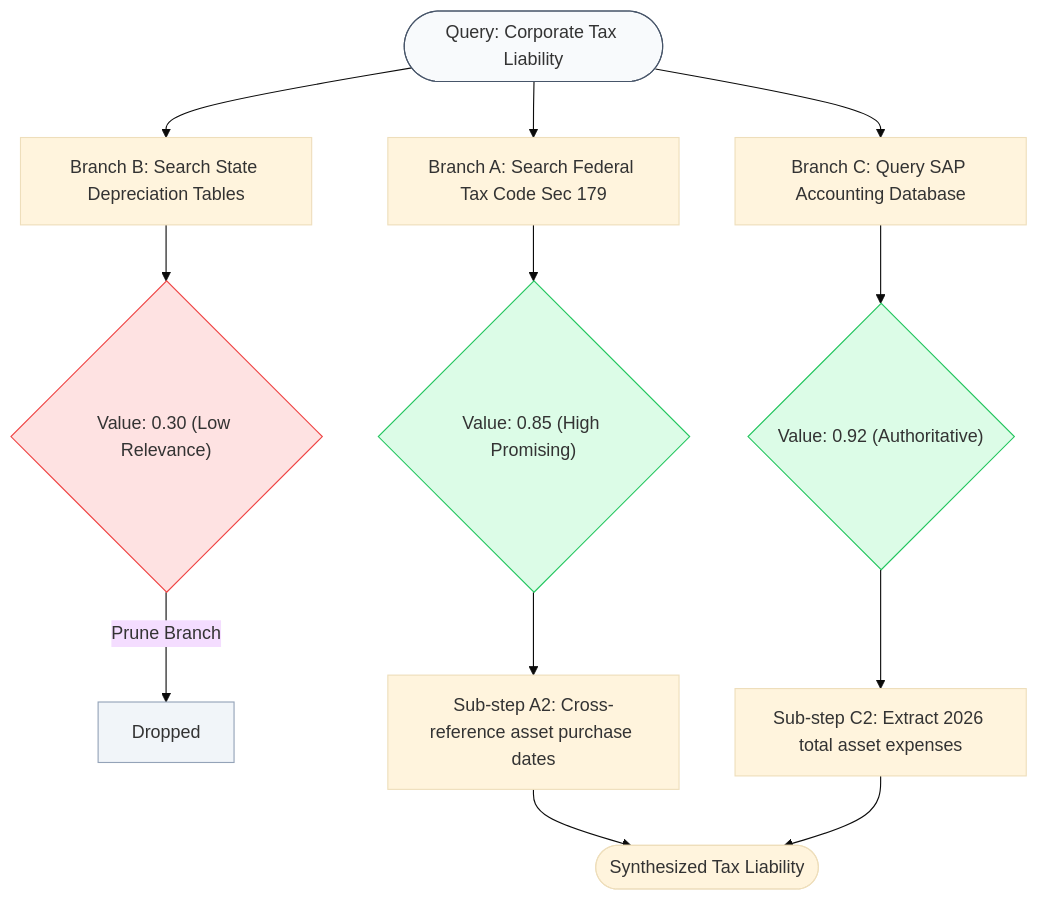
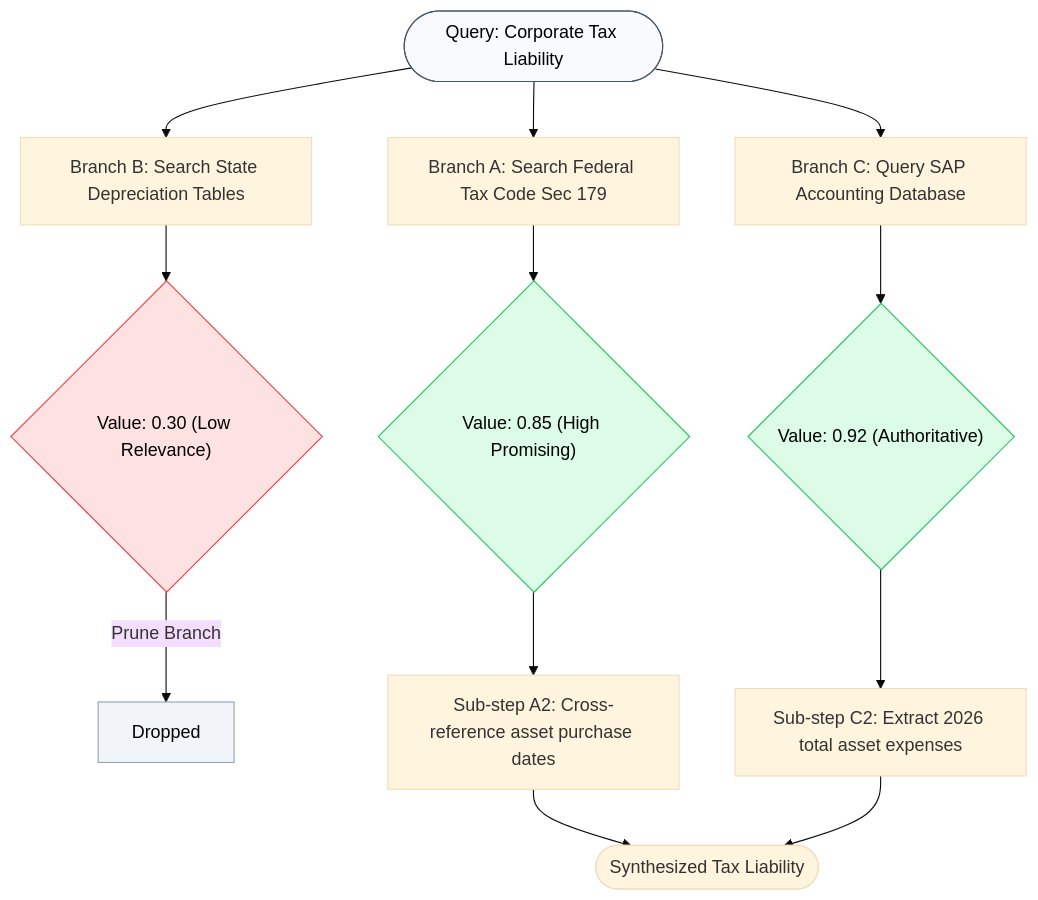
Before and after one commit to swapnil3104/RAG-Engineering: the fifth of 6 diagrams in 07-Agentic-RAG/AI-Agents.md, drawn with Mermaid (base theme). The commit also changed other lines of this file and 108 other files, not shown here.

Commit message:
fix: make chart text visible across all Mermaid diagrams and resolve markdown table formatting issues

````diff
--- a/07-Agentic-RAG/AI-Agents.md
+++ b/07-Agentic-RAG/AI-Agents.md
@@ -257,23 +257,23 @@
 ```mermaid
 graph TD
     Root([Query: Corporate Tax Liability]) --> B1["Branch A: Search Federal Tax Code Sec 179"]
     Root --> B2["Branch B: Search State Depreciation Tables"]
     Root --> B3["Branch C: Query SAP Accounting Database"]
     
     B1 --> B1_Eval{"Value: 0.85 (High Promising)"}
     B2 --> B2_Eval{"Value: 0.30 (Low Relevance)"}
     B3 --> B3_Eval{"Value: 0.92 (Authoritative)"}
     
     B2_Eval -->|"Prune Branch"| Pruned[Dropped]
     B1_Eval --> BranchA2["Sub-step A2: Cross-reference asset purchase dates"]
     B3_Eval --> BranchC2["Sub-step C2: Extract 2026 total asset expenses"]
     
     BranchA2 --> Merge([Synthesized Tax Liability])
     BranchC2 --> Merge
 
-    style Root fill:#f8fafc,stroke:#475569
-    style B2_Eval fill:#fee2e2,stroke:#ef4444
-    style B1_Eval fill:#dcfce7,stroke:#22c55e
-    style B3_Eval fill:#dcfce7,stroke:#22c55e
-    style Pruned fill:#f1f5f9,stroke:#94a3b8
+    style Root fill:#f8fafc,stroke:#475569,color:#000000
+    style B2_Eval fill:#fee2e2,stroke:#ef4444,color:#000000
+    style B1_Eval fill:#dcfce7,stroke:#22c55e,color:#000000
+    style B3_Eval fill:#dcfce7,stroke:#22c55e,color:#000000
+    style Pruned fill:#f1f5f9,stroke:#94a3b8,color:#000000
 ```
````
